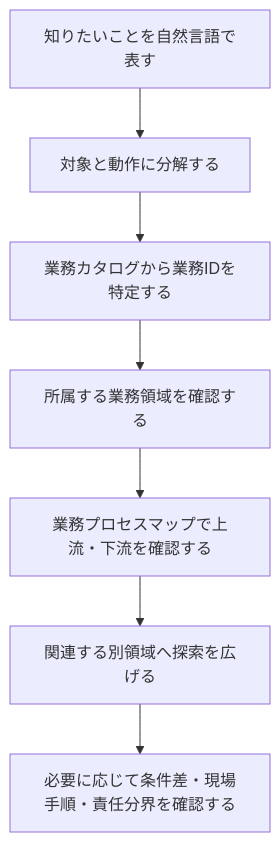
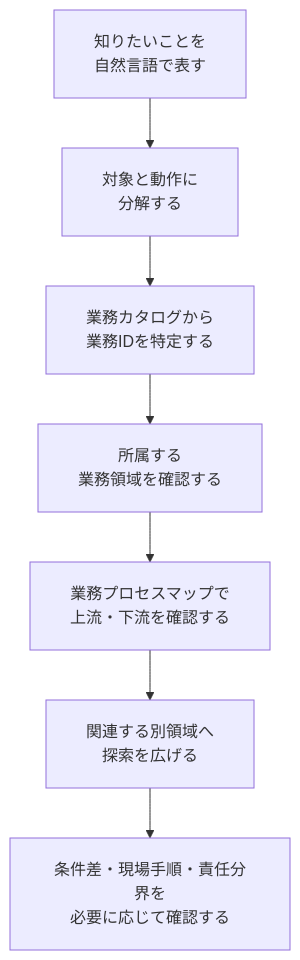
One commit to tsumasaki-kurageya/property-management-pdm changed the first of 3 diagrams in src/content/docs/introduction/how-to-use.md. Above: the diagram before and after it, drawn with Mermaid. The commit also changed other lines of this file, not shown here.

Commit message:
Fix guide Mermaid label layout

````diff
--- a/src/content/docs/introduction/how-to-use.md
+++ b/src/content/docs/introduction/how-to-use.md
@@ -37,9 +37,10 @@
 ```mermaid
+%%{init: {"flowchart": {"htmlLabels": true, "padding": 20}}}%%
 flowchart TB
-    A["知りたいことを自然言語で表す"] --> B["対象と動作に分解する"]
-    B --> C["業務カタログから業務IDを特定する"]
-    C --> D["所属する業務領域を確認する"]
-    D --> E["業務プロセスマップで上流・下流を確認する"]
-    E --> F["関連する別領域へ探索を広げる"]
-    F --> G["必要に応じて条件差・現場手順・責任分界を確認する"]
+    A["知りたいことを<br/>自然言語で表す"] --> B["対象と動作に<br/>分解する"]
+    B --> C["業務カタログから<br/>業務IDを特定する"]
+    C --> D["所属する<br/>業務領域を確認する"]
+    D --> E["業務プロセスマップで<br/>上流・下流を確認する"]
+    E --> F["関連する別領域へ<br/>探索を広げる"]
+    F --> G["条件差・現場手順・責任分界を<br/>必要に応じて確認する"]
 ```
````
